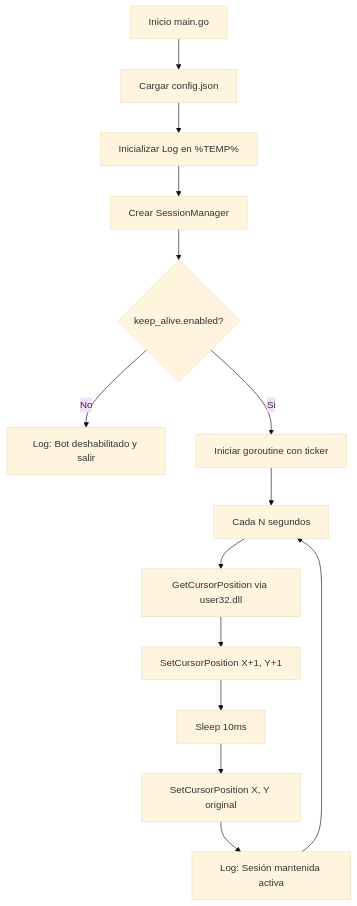
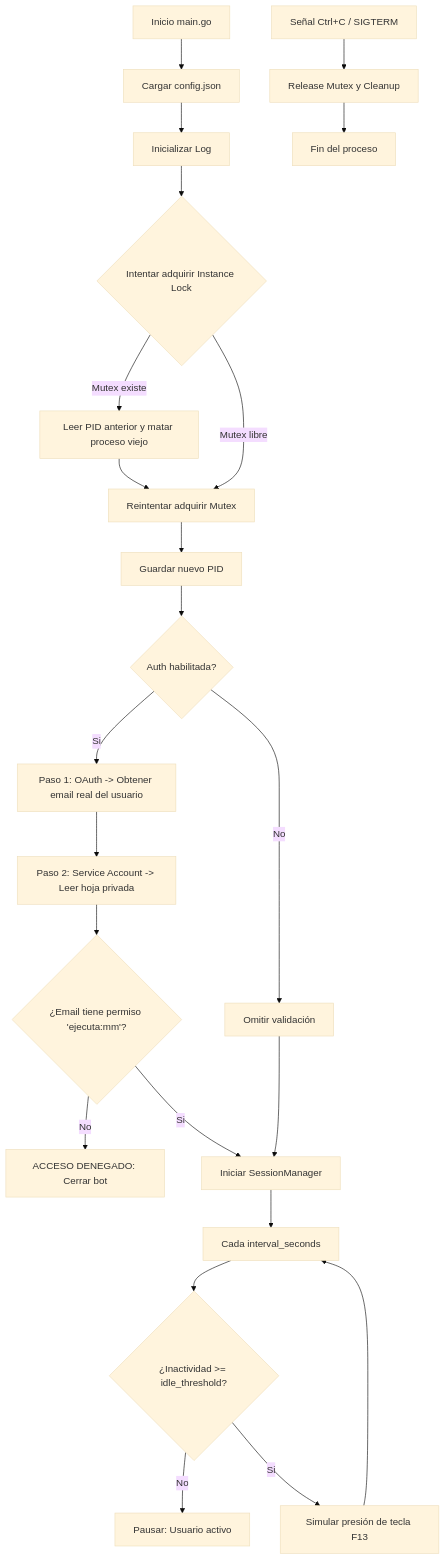
Before and after one commit to MartinCiro/mini_move_mouse: the diagram in README.md, drawn with Mermaid (base theme). The commit also changed other lines of this file, not shown here.

````diff
--- a/README.md
+++ b/README.md
@@ -112,16 +118,25 @@
 ```mermaid
 graph TD
     A[Inicio main.go] --> B[Cargar config.json]
-    B --> C[Inicializar Log en %TEMP%]
-    C --> D[Crear SessionManager]
-    D --> E{keep_alive.enabled?}
-    E -->|No| F[Log: Bot deshabilitado y salir]
-    E -->|Si| G[Iniciar goroutine con ticker]
-    G --> H[Cada N segundos]
-    H --> I[GetCursorPosition via user32.dll]
-    I --> J[SetCursorPosition X+1, Y+1]
-    J --> K[Sleep 10ms]
-    K --> L[SetCursorPosition X, Y original]
-    L --> M[Log: Sesión mantenida activa]
-    M --> H
+    B --> C[Inicializar Log]
+    C --> D{Intentar adquirir Instance Lock}
+    D -->|Mutex existe| E[Leer PID anterior y matar proceso viejo]
+    E --> F[Reintentar adquirir Mutex]
+    D -->|Mutex libre| F
+    F --> G[Guardar nuevo PID]
+    G --> H{Auth habilitada?}
+    H -->|No| I[Omitir validación]
+    H -->|Si| J[Paso 1: OAuth -> Obtener email real del usuario]
+    J --> K[Paso 2: Service Account -> Leer hoja privada]
+    K --> L{¿Email tiene permiso 'ejecuta:mm'?}
+    L -->|No| M[ACCESO DENEGADO: Cerrar bot]
+    L -->|Si| N[Iniciar SessionManager]
+    I --> N
+    N --> O[Cada interval_seconds]
+    O --> P{¿Inactividad >= idle_threshold?}
+    P -->|No| Q[Pausar: Usuario activo]
+    P -->|Si| R[Simular presión de tecla F13]
+    R --> O
+    S[Señal Ctrl+C / SIGTERM] --> T[Release Mutex y Cleanup]
+    T --> U[Fin del proceso]
 ```
````
